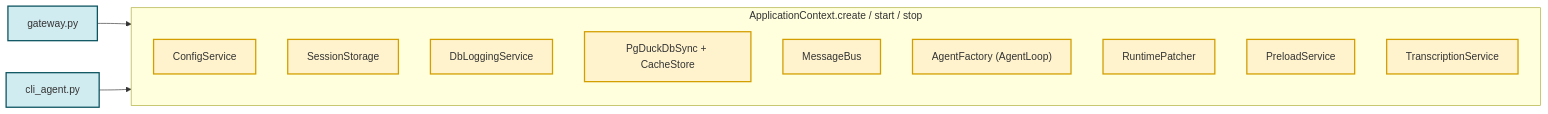
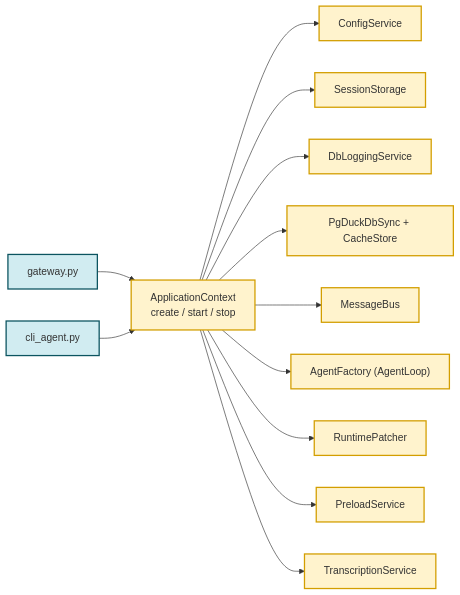
One commit to AlexEgorov85/workspaces_nanobot changed the second of 4 diagrams in docs/ARCHITECTURE.md. Above: the diagram before and after it, drawn with Mermaid. The commit also changed other lines of this file and 2 other files, not shown here.

First line of the commit message:
docs(diagrams): перейти на понятийные подписи вместо имён классов

````diff
--- a/docs/ARCHITECTURE.md
+++ b/docs/ARCHITECTURE.md
@@ -85,20 +70,18 @@
 ```mermaid
 flowchart LR
-    GW["gateway.py"] --> APPCTX
-    CLI["cli_agent.py"] --> APPCTX
-    subgraph APPCTX["ApplicationContext.create / start / stop"]
-        CFG["ConfigService"]
-        SESS["SessionStorage"]
-        DBL["DbLoggingService"]
-        SYNC["PgDuckDbSync + CacheStore"]
-        BUS["MessageBus"]
-        AGENT["AgentFactory (AgentLoop)"]
-        PATCH["RuntimePatcher"]
-        PRE["PreloadService"]
-        TRANS["TranscriptionService"]
-    end
+    GW["gateway.py"] --> CTX["ApplicationContext<br/>create / start / stop"]
+    CLI["cli_agent.py"] --> CTX
+    CTX --> CFG["ConfigService"]
+    CTX --> SESS["SessionStorage"]
+    CTX --> DBL["DbLoggingService"]
+    CTX --> SYNC["PgDuckDbSync + CacheStore"]
+    CTX --> BUS["MessageBus"]
+    CTX --> AGENT["AgentFactory (AgentLoop)"]
+    CTX --> PATCH["RuntimePatcher"]
+    CTX --> PRE["PreloadService"]
+    CTX --> TRANS["TranscriptionService"]
     classDef entry fill:#d1ecf1,stroke:#0c5460,stroke-width:2px
     classDef core fill:#fff3cd,stroke:#d39e00,stroke-width:2px
     class GW,CLI entry
-    class CFG,SESS,DBL,SYNC,BUS,AGENT,PATCH,PRE,TRANS core
+    class CTX,CFG,SESS,DBL,SYNC,BUS,AGENT,PATCH,PRE,TRANS core
 ```
````
